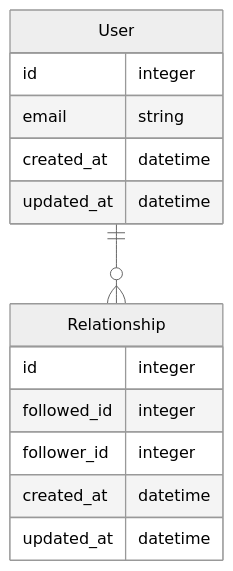
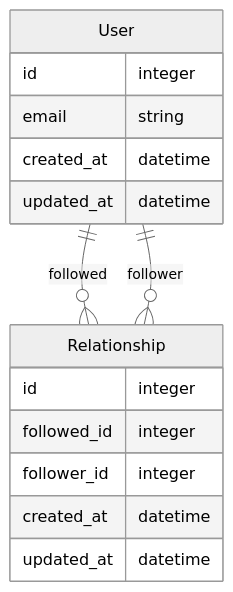
Before and after one commit to urotansh/git-practice: the diagram in erDiagram.md, drawn with Mermaid (neutral theme).

Commit message:
erDiagram3

````diff
--- a/erDiagram.md
+++ b/erDiagram.md
@@ -1,19 +1,20 @@
 ```mermaid
 erDiagram
-  User ||--o{Relationship: ""
+  User ||--o{ Relationship: "followed"
+  User ||--o{ Relationship: "follower"
   
   User {
     id           integer
     email        string
     created_at   datetime
     updated_at   datetime
   }
   
   Relationship {
     id           integer
     followed_id  integer
     follower_id  integer
     created_at   datetime
     updated_at   datetime
   }
 ```
````
